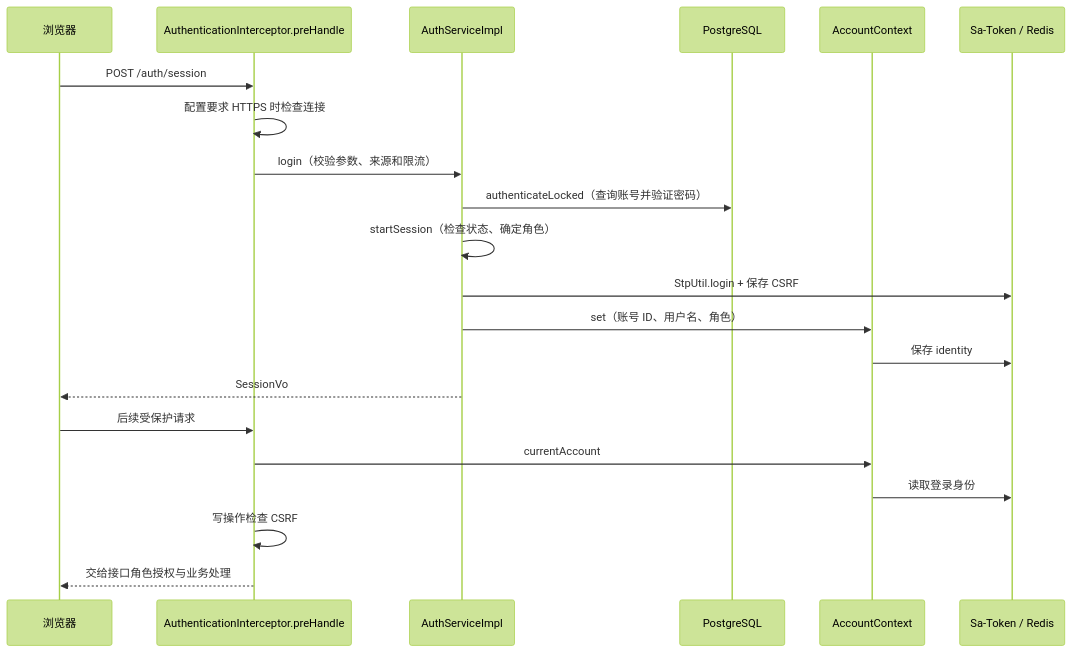
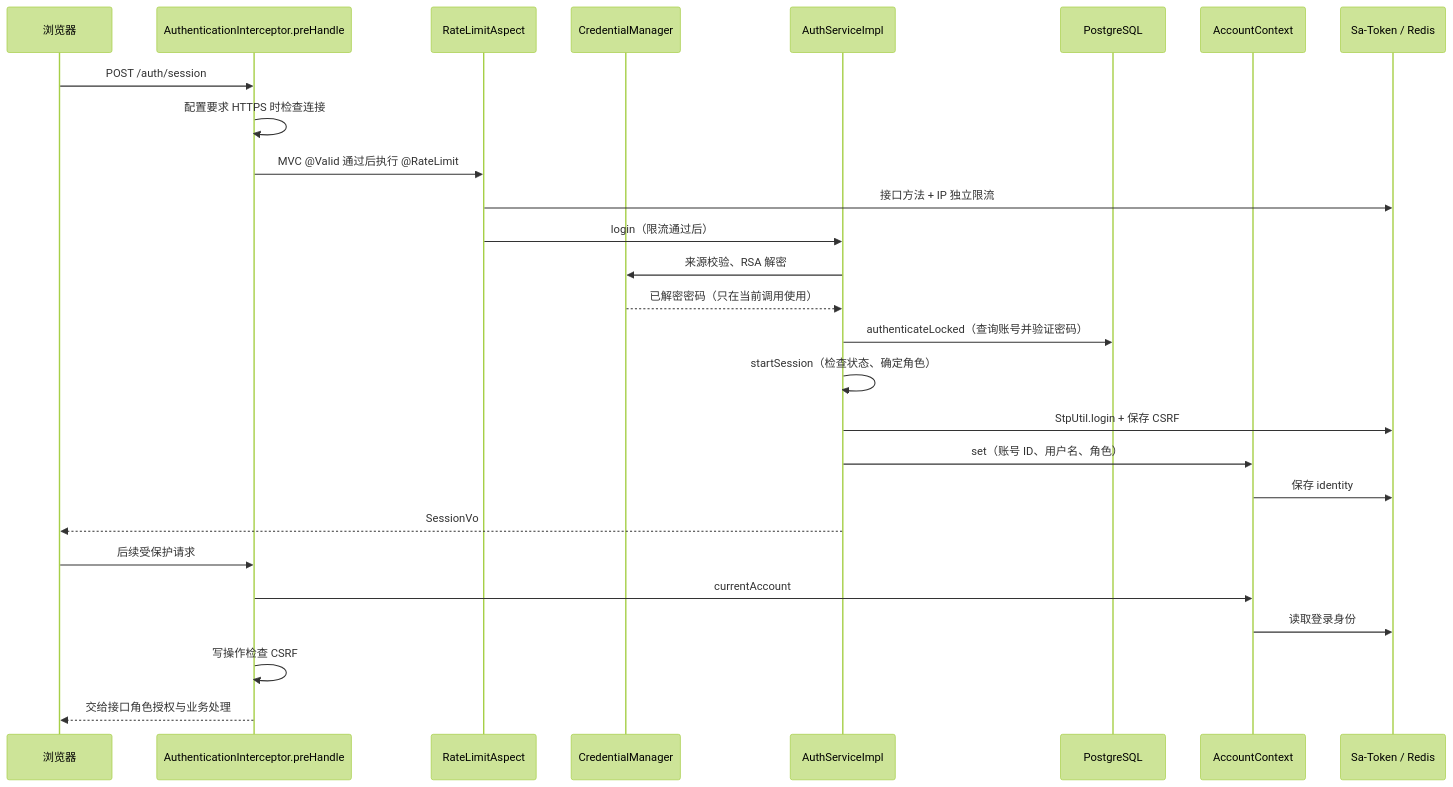
One commit to WKING66/mai-s-portfolio changed the first of 3 diagrams in resources/architecture/authentication-flow.md. Above: the diagram before and after it, drawn with Mermaid (forest theme). The commit also changed 55 other files, not shown here.

Commit message:
refactor(backend-auth): centralize credentials and annotation rate limits

````diff
--- a/resources/architecture/authentication-flow.md
+++ b/resources/architecture/authentication-flow.md
@@ -9,23 +9,29 @@
 ```mermaid
 sequenceDiagram
     participant Browser as 浏览器
     participant Gate as AuthenticationInterceptor.preHandle
+    participant Rate as RateLimitAspect
+    participant Credential as CredentialManager
     participant Auth as AuthServiceImpl
     participant DB as PostgreSQL
     participant Context as AccountContext
     participant Redis as Sa-Token / Redis
     Browser->>Gate: POST /auth/session
     Gate->>Gate: 配置要求 HTTPS 时检查连接
-    Gate->>Auth: login（校验参数、来源和限流）
+    Gate->>Rate: MVC @Valid 通过后执行 @RateLimit
+    Rate->>Redis: 接口方法 + IP 独立限流
+    Rate->>Auth: login（限流通过后）
+    Auth->>Credential: 来源校验、RSA 解密
+    Credential-->>Auth: 已解密密码（只在当前调用使用）
     Auth->>DB: authenticateLocked（查询账号并验证密码）
     Auth->>Auth: startSession（检查状态、确定角色）
     Auth->>Redis: StpUtil.login + 保存 CSRF
     Auth->>Context: set（账号 ID、用户名、角色）
     Context->>Redis: 保存 identity
     Auth-->>Browser: SessionVo
     Browser->>Gate: 后续受保护请求
     Gate->>Context: currentAccount
     Context->>Redis: 读取登录身份
     Gate->>Gate: 写操作检查 CSRF
     Gate-->>Browser: 交给接口角色授权与业务处理
 ```
````
